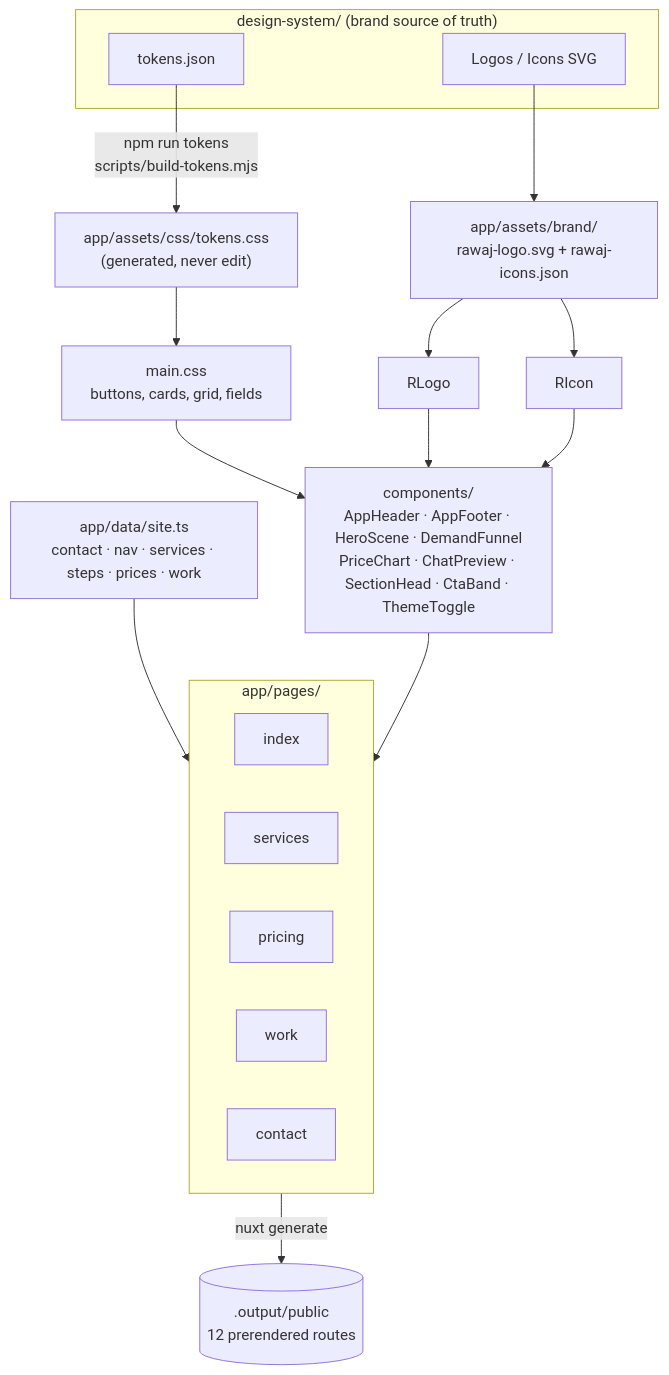
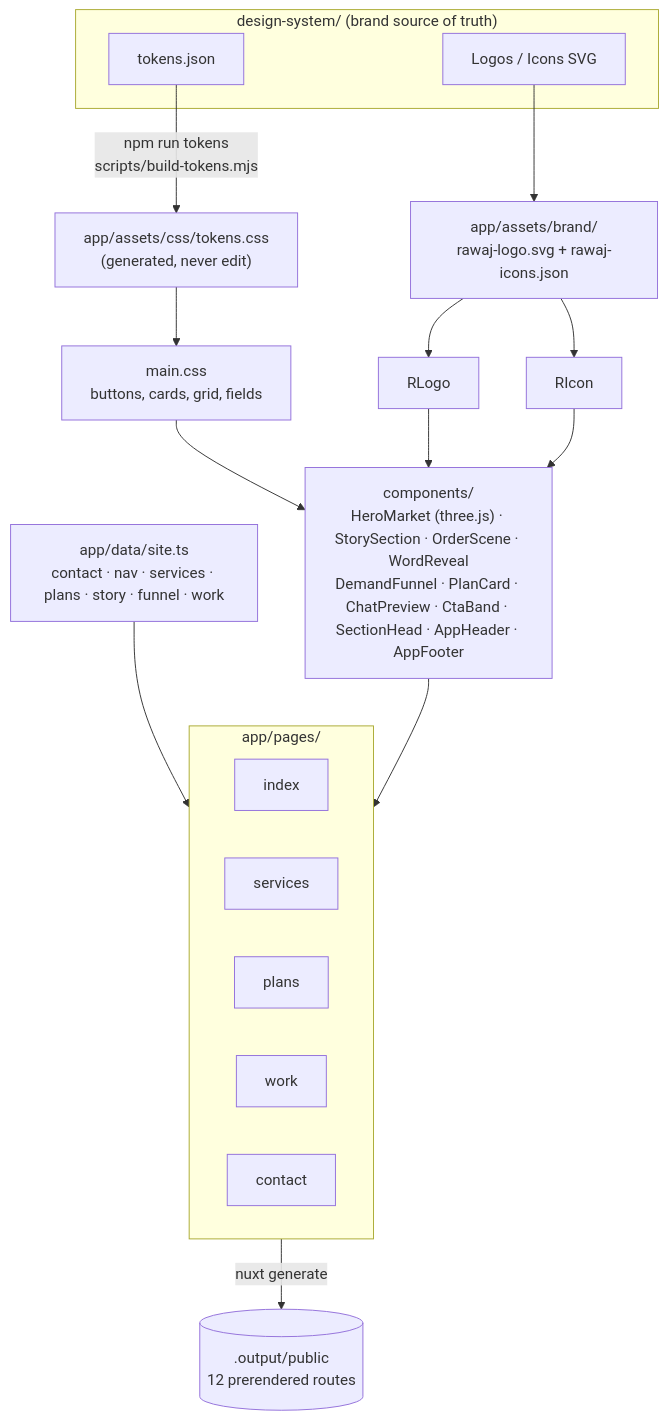
The second of 4 diagrams in README.md (engKhaledalwaked/Rawaj), drawn with Mermaid before and after one commit. The commit also changed other lines of this file and 26 other files, not shown here.

First line of the commit message:
Add 3D hero, scroll motion and plans without prices

````diff
--- a/README.md
+++ b/README.md
@@ -88,24 +88,24 @@
 ```mermaid
 flowchart TB
     subgraph DS["design-system/  (brand source of truth)"]
         TJ[tokens.json]
         LG[Logos / Icons SVG]
     end
 
     TJ -- "npm run tokens<br>scripts/build-tokens.mjs" --> TC["app/assets/css/tokens.css<br>(generated, never edit)"]
     TC --> MC[main.css<br>buttons, cards, grid, fields]
     LG --> BR["app/assets/brand/<br>rawaj-logo.svg + rawaj-icons.json"]
     BR --> RL[RLogo] & RI[RIcon]
 
-    DATA["app/data/site.ts<br>contact · nav · services · steps · prices · work"] --> PG
+    DATA["app/data/site.ts<br>contact · nav · services · plans · story · funnel · work"] --> PG
 
     subgraph PG["app/pages/"]
         direction LR
-        index & services & pricing & work & contact
+        index & services & plans & work & contact
     end
 
     MC --> CMP
-    RL & RI --> CMP["components/<br>AppHeader · AppFooter · HeroScene · DemandFunnel<br>PriceChart · ChatPreview · SectionHead · CtaBand · ThemeToggle"]
+    RL & RI --> CMP["components/<br>HeroMarket (three.js) · StorySection · OrderScene · WordReveal<br>DemandFunnel · PlanCard · ChatPreview · CtaBand · SectionHead · AppHeader · AppFooter"]
     CMP --> PG
     PG -- "nuxt generate" --> OUT[(".output/public<br>12 prerendered routes")]
 ```
````
